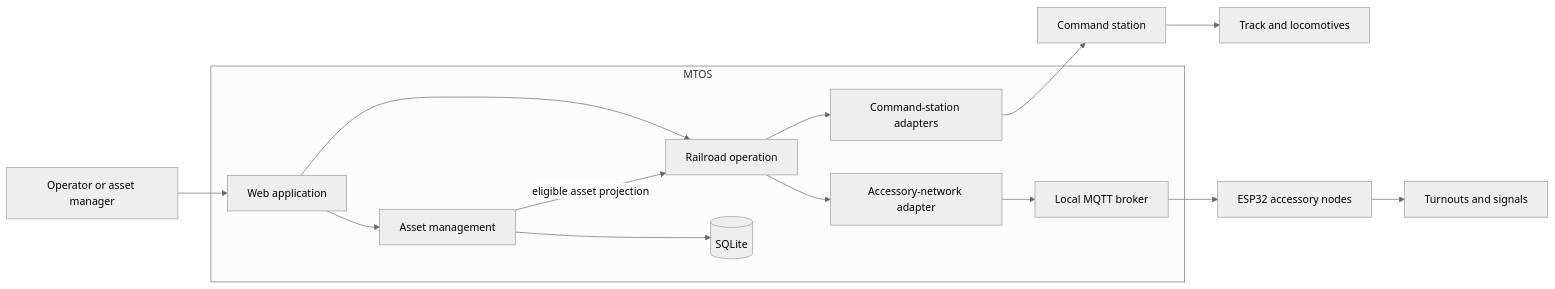
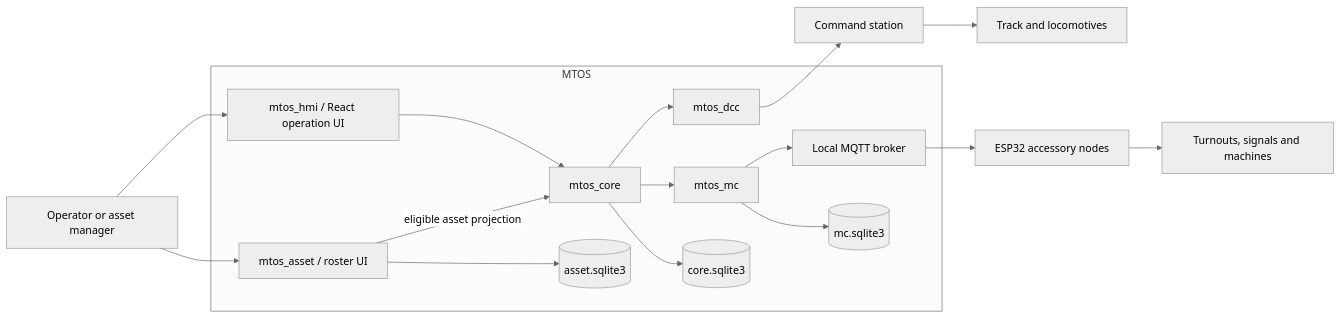
The diagram in docs/architecture/system-context.md (snehasiss/mtos), drawn with Mermaid (neutral theme) before and after one commit. The commit also changed other lines of this file and 58 other files, not shown here.

````diff
--- a/docs/architecture/system-context.md
+++ b/docs/architecture/system-context.md
@@ -3,28 +3,32 @@
 ```mermaid
 flowchart LR
     User[Operator or asset manager]
 
     subgraph MTOS
-        Web[Web application]
-        Assets[Asset management]
-        Operations[Railroad operation]
-        CommandAdapters[Command-station adapters]
-        AccessoryAdapter[Accessory-network adapter]
+        HMI[mtos_hmi / React operation UI]
+        Assets[mtos_asset / roster UI]
+        Operations[mtos_core]
+        CommandAdapters[mtos_dcc]
+        AccessoryAdapter[mtos_mc]
         Broker[Local MQTT broker]
-        Store[(SQLite)]
+        AssetStore[(asset.sqlite3)]
+        CoreStore[(core.sqlite3)]
+        McStore[(mc.sqlite3)]
 
-        Web --> Assets
-        Web --> Operations
-        Assets --> Store
+        HMI --> Operations
+        Assets --> AssetStore
+        Operations --> CoreStore
+        AccessoryAdapter --> McStore
         Assets -->|eligible asset projection| Operations
         Operations --> CommandAdapters
         Operations --> AccessoryAdapter
         AccessoryAdapter --> Broker
     end
 
-    User --> Web
+    User --> HMI
+    User --> Assets
     CommandAdapters --> CommandStation[Command station]
     CommandStation --> Track[Track and locomotives]
     Broker --> Nodes[ESP32 accessory nodes]
-    Nodes --> Accessories[Turnouts and signals]
+    Nodes --> Accessories[Turnouts, signals and machines]
 ```
````
